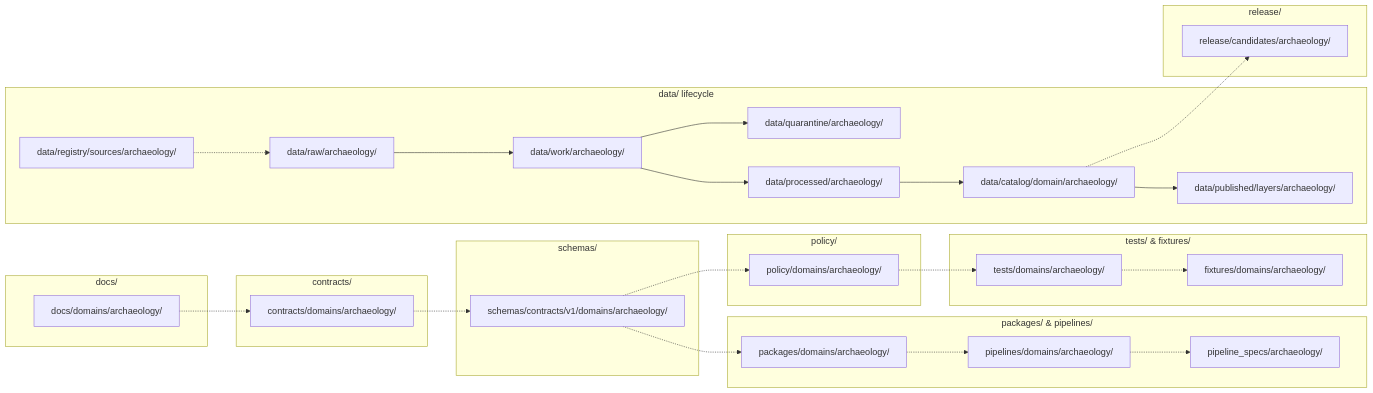
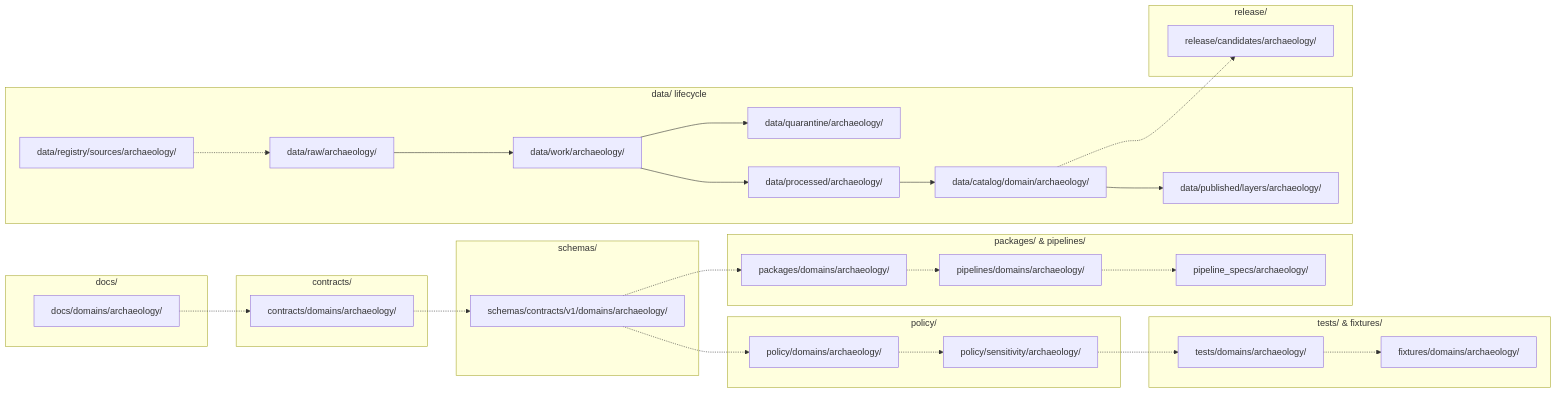
One commit to bartytime4life/Kansas-Frontier-Matrix changed the diagram in docs/domains/archaeology/MISSING_OR_PLANNED_FILES.md. Above: the diagram before and after it, drawn with Mermaid. The commit also changed other lines of this file, not shown here.

````diff
--- a/docs/domains/archaeology/MISSING_OR_PLANNED_FILES.md
+++ b/docs/domains/archaeology/MISSING_OR_PLANNED_FILES.md
@@ -162,46 +193,47 @@
 ```mermaid
 %% PROPOSED archaeology lane shape — Directory Rules §12 pattern.
 %% Cannot be confirmed against the live repo in this session.
 flowchart LR
   subgraph DOCS["docs/"]
     D1["docs/domains/archaeology/"]
   end
   subgraph CONTRACTS["contracts/"]
     C1["contracts/domains/archaeology/"]
   end
   subgraph SCHEMAS["schemas/"]
     S1["schemas/contracts/v1/domains/archaeology/"]
   end
   subgraph POLICY["policy/"]
     P1["policy/domains/archaeology/"]
+    P2["policy/sensitivity/archaeology/"]
   end
   subgraph TESTS["tests/ &amp; fixtures/"]
     T1["tests/domains/archaeology/"]
     F1["fixtures/domains/archaeology/"]
   end
   subgraph CODE["packages/ &amp; pipelines/"]
     PK1["packages/domains/archaeology/"]
     PL1["pipelines/domains/archaeology/"]
     PS1["pipeline_specs/archaeology/"]
   end
   subgraph DATA["data/ lifecycle"]
     DRA["data/raw/archaeology/"]
     DWO["data/work/archaeology/"]
     DQU["data/quarantine/archaeology/"]
     DPR["data/processed/archaeology/"]
     DCA["data/catalog/domain/archaeology/"]
     DPU["data/published/layers/archaeology/"]
     DRG["data/registry/sources/archaeology/"]
   end
   subgraph RELEASE["release/"]
     R1["release/candidates/archaeology/"]
   end
 
   D1 -.-> C1 -.-> S1 -.-> P1
-  P1 -.-> T1 -.-> F1
+  P1 -.-> P2 -.-> T1 -.-> F1
   S1 -.-> PK1 -.-> PL1 -.-> PS1
   DRA --> DWO --> DPR --> DCA --> DPU
   DWO --> DQU
   DRG -.-> DRA
   DCA -.-> R1
 ```
````
